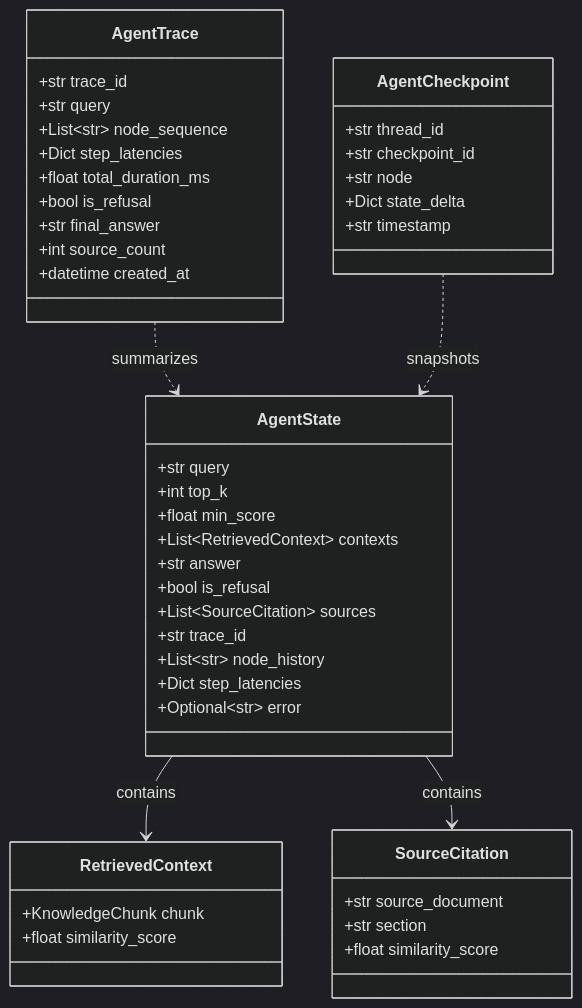
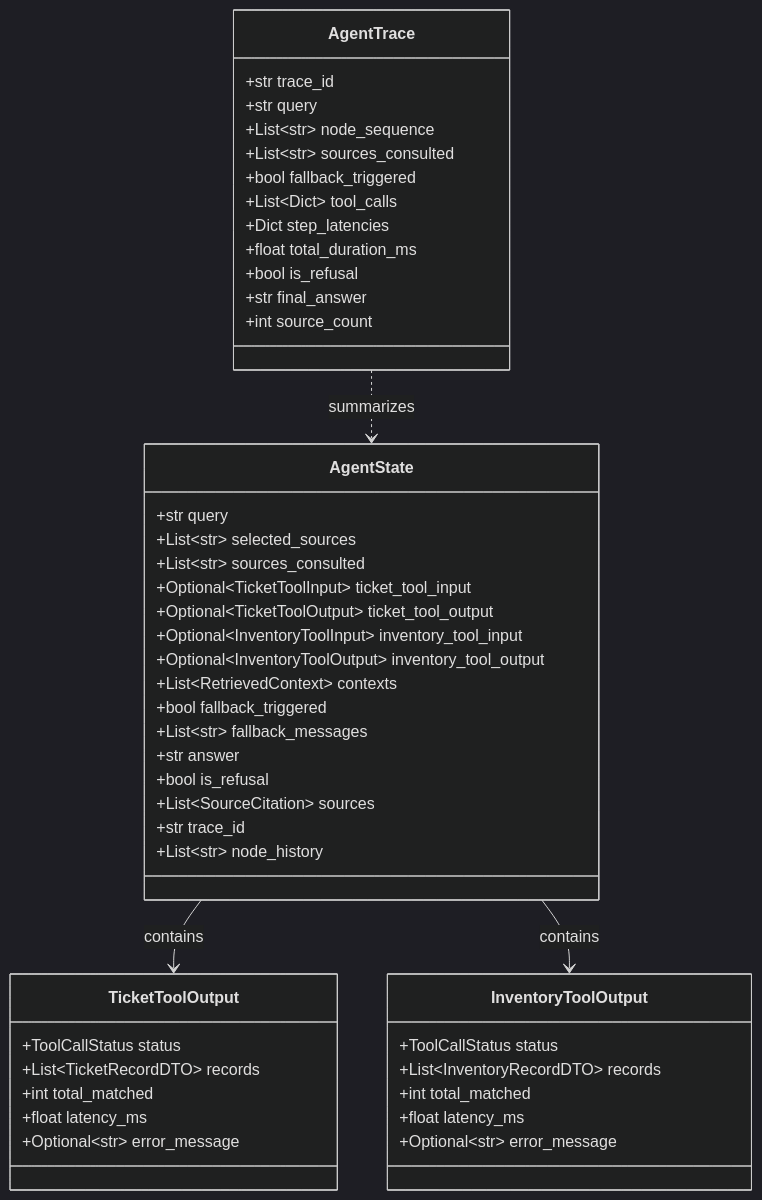
Before and after one commit to 4GeeksAcademy/aie-pt-3-ai-engineering-company-project-monorepo-Francisco_Patrick: the second of 2 diagrams in specs/027-support-agent-langgraph/data-model.md, drawn with Mermaid (dark theme). The commit also changed other lines of this file and 9 other files, not shown here.

````diff
--- a/specs/027-support-agent-langgraph/data-model.md
+++ b/specs/027-support-agent-langgraph/data-model.md
@@ -195,52 +320,54 @@
 ```mermaid
 classDiagram
     class AgentState {
         +str query
-        +int top_k
-        +float min_score
+        +List~str~ selected_sources
+        +List~str~ sources_consulted
+        +Optional~TicketToolInput~ ticket_tool_input
+        +Optional~TicketToolOutput~ ticket_tool_output
+        +Optional~InventoryToolInput~ inventory_tool_input
+        +Optional~InventoryToolOutput~ inventory_tool_output
         +List~RetrievedContext~ contexts
+        +bool fallback_triggered
+        +List~str~ fallback_messages
         +str answer
         +bool is_refusal
         +List~SourceCitation~ sources
         +str trace_id
         +List~str~ node_history
-        +Dict step_latencies
-        +Optional~str~ error
+    }
+
+    class TicketToolOutput {
+        +ToolCallStatus status
+        +List~TicketRecordDTO~ records
+        +int total_matched
+        +float latency_ms
+        +Optional~str~ error_message
+    }
+
+    class InventoryToolOutput {
+        +ToolCallStatus status
+        +List~InventoryRecordDTO~ records
+        +int total_matched
+        +float latency_ms
+        +Optional~str~ error_message
     }
 
     class AgentTrace {
         +str trace_id
         +str query
         +List~str~ node_sequence
+        +List~str~ sources_consulted
+        +bool fallback_triggered
+        +List~Dict~ tool_calls
         +Dict step_latencies
         +float total_duration_ms
         +bool is_refusal
         +str final_answer
         +int source_count
-        +datetime created_at
     }
 
-    class RetrievedContext {
-        +KnowledgeChunk chunk
-        +float similarity_score
-    }
-
-    class SourceCitation {
-        +str source_document
-        +str section
-        +float similarity_score
-    }
-
-    class AgentCheckpoint {
-        +str thread_id
-        +str checkpoint_id
-        +str node
-        +Dict state_delta
-        +str timestamp
-    }
-
-    AgentState --> RetrievedContext : contains
-    AgentState --> SourceCitation : contains
+    AgentState --> TicketToolOutput : contains
+    AgentState --> InventoryToolOutput : contains
     AgentTrace ..> AgentState : summarizes
-    AgentCheckpoint ..> AgentState : snapshots
 ```
````
